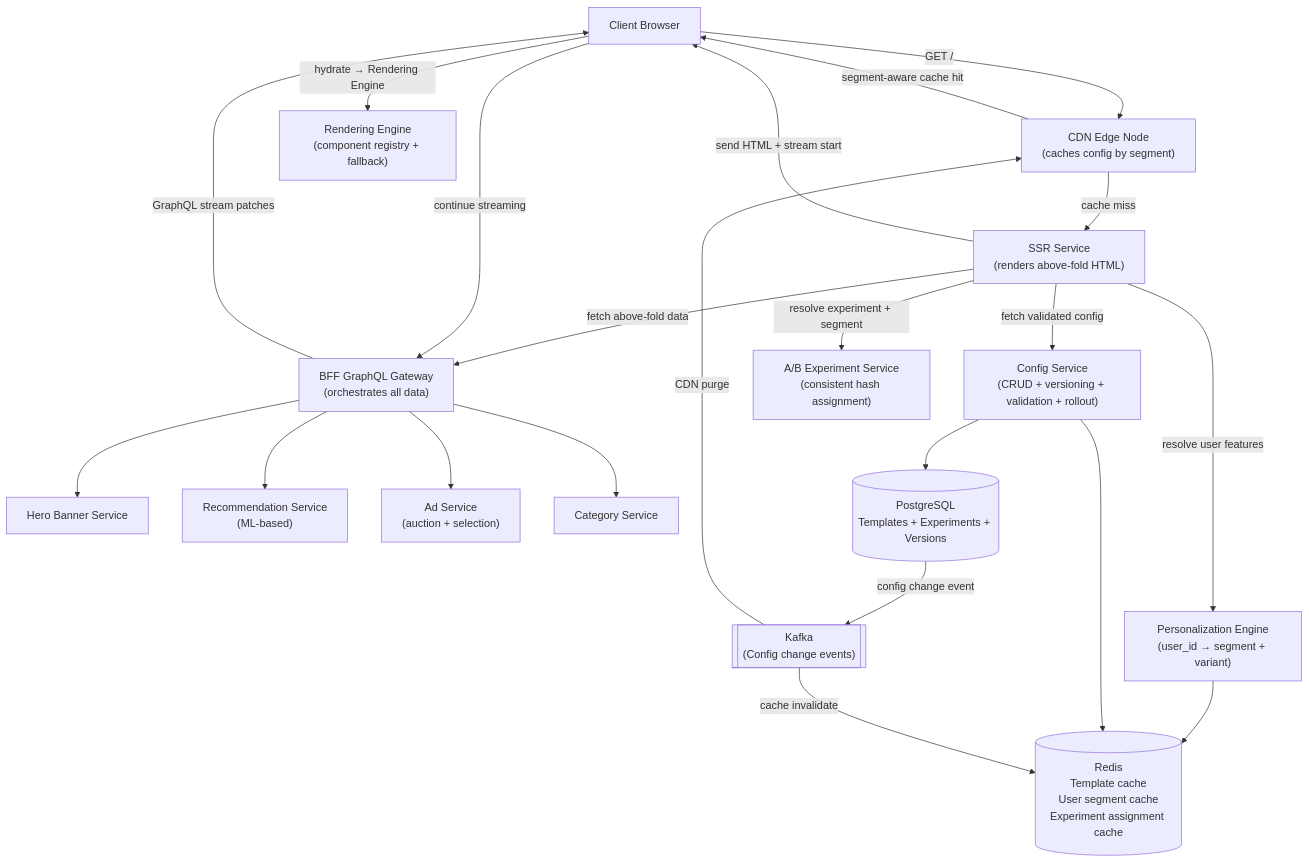
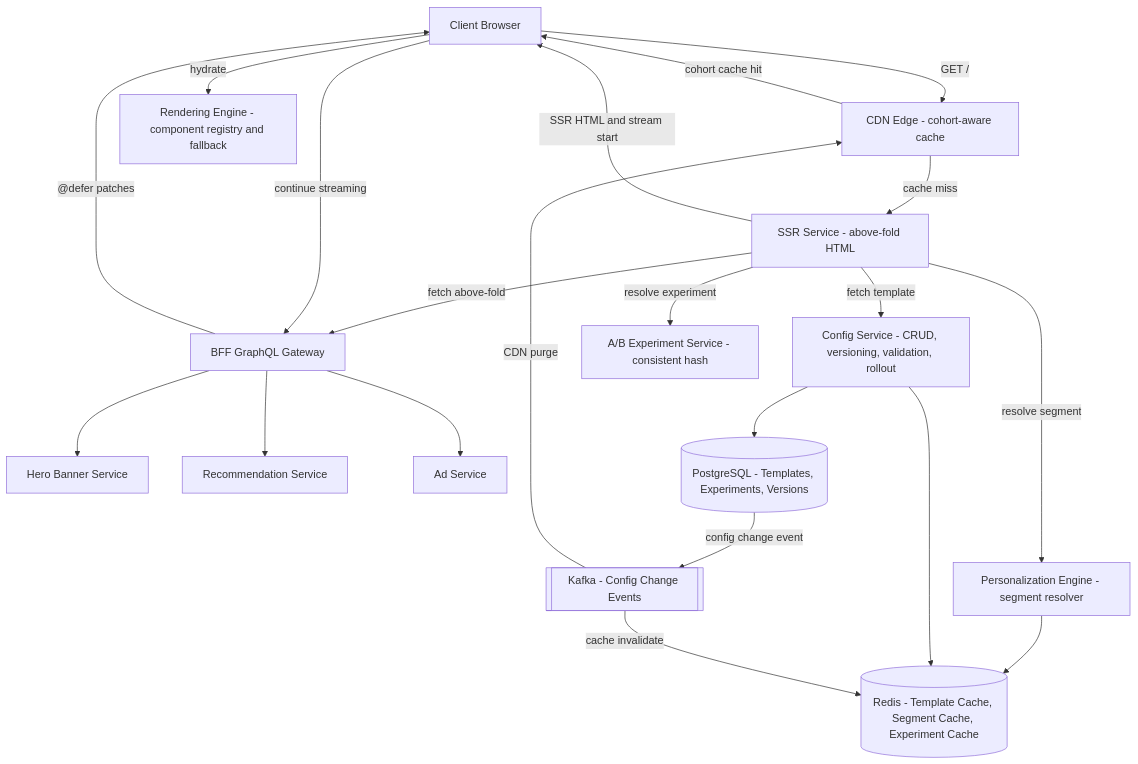
One commit to shyamalm88/MechineCoding changed the third of 6 diagrams in system-design/latest & updated/config-driven-shopping-cart-homepage.md. Above: the diagram before and after it, drawn with Mermaid. The commit also changed other lines of this file and 9 other files, not shown here.

````diff
--- a/system-design/latest & updated/config-driven-shopping-cart-homepage.md
+++ b/system-design/latest & updated/config-driven-shopping-cart-homepage.md
@@ -227,40 +192,38 @@
 ```mermaid
 graph TD
     Client["Client Browser"]
-    CDN["CDN Edge Node\n(caches config by segment)"]
-    SSR["SSR Service\n(renders above-fold HTML)"]
-    BFF["BFF GraphQL Gateway\n(orchestrates all data)"]
-    ConfigSvc["Config Service\n(CRUD + versioning + validation + rollout)"]
-    ExpSvc["A/B Experiment Service\n(consistent hash assignment)"]
-    PersonSvc["Personalization Engine\n(user_id → segment + variant)"]
-    RenderEngine["Rendering Engine\n(component registry + fallback)"]
+    CDN["CDN Edge - cohort-aware cache"]
+    SSR["SSR Service - above-fold HTML"]
+    BFF["BFF GraphQL Gateway"]
+    ConfigSvc["Config Service - CRUD, versioning, validation, rollout"]
+    ExpSvc["A/B Experiment Service - consistent hash"]
+    PersonSvc["Personalization Engine - segment resolver"]
+    RenderEngine["Rendering Engine - component registry and fallback"]
     HeroSvc["Hero Banner Service"]
-    RecSvc["Recommendation Service\n(ML-based)"]
-    AdSvc["Ad Service\n(auction + selection)"]
-    CatSvc["Category Service"]
-    ConfigDB[("PostgreSQL\nTemplates + Experiments + Versions")]
-    Redis[("Redis\nTemplate cache\nUser segment cache\nExperiment assignment cache")]
-    Kafka[["Kafka\n(Config change events)"]]
+    RecSvc["Recommendation Service"]
+    AdSvc["Ad Service"]
+    ConfigDB[("PostgreSQL - Templates, Experiments, Versions")]
+    Redis[("Redis - Template Cache, Segment Cache, Experiment Cache")]
+    Kafka[["Kafka - Config Change Events"]]
 
-    Client -->|GET /| CDN
-    CDN -->|segment-aware cache hit| Client
+    Client -->|"GET /"| CDN
+    CDN -->|cohort cache hit| Client
     CDN -->|cache miss| SSR
-    SSR -->|resolve experiment + segment| ExpSvc
-    SSR -->|resolve user features| PersonSvc
+    SSR -->|resolve experiment| ExpSvc
+    SSR -->|resolve segment| PersonSvc
     PersonSvc --> Redis
-    SSR -->|fetch validated config| ConfigSvc
+    SSR -->|fetch template| ConfigSvc
     ConfigSvc --> Redis
     ConfigSvc --> ConfigDB
-    SSR -->|fetch above-fold data| BFF
+    SSR -->|fetch above-fold| BFF
     BFF --> HeroSvc
-    SSR -->|send HTML + stream start| Client
-    Client -->|hydrate → Rendering Engine| RenderEngine
+    SSR -->|SSR HTML and stream start| Client
+    Client -->|hydrate| RenderEngine
     Client -->|continue streaming| BFF
     BFF --> RecSvc
     BFF --> AdSvc
-    BFF --> CatSvc
-    BFF -->|GraphQL stream patches| Client
+    BFF -->|"@defer patches"| Client
     ConfigDB -->|config change event| Kafka
     Kafka -->|CDN purge| CDN
     Kafka -->|cache invalidate| Redis
 ```
````
